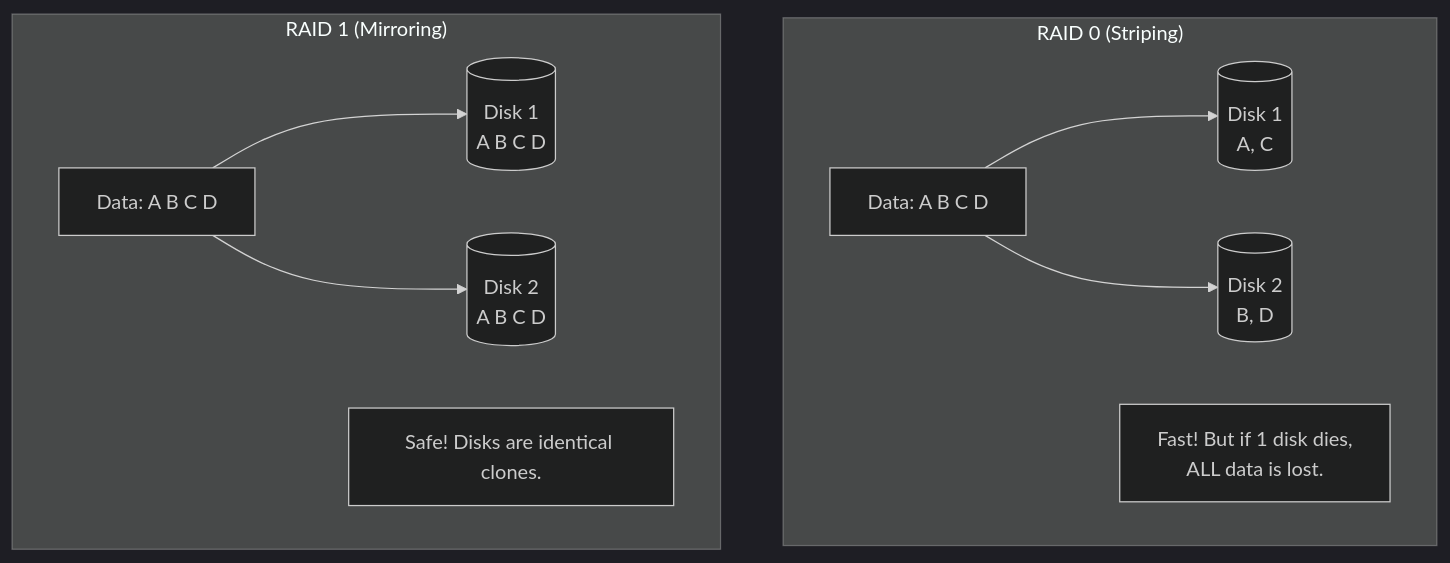
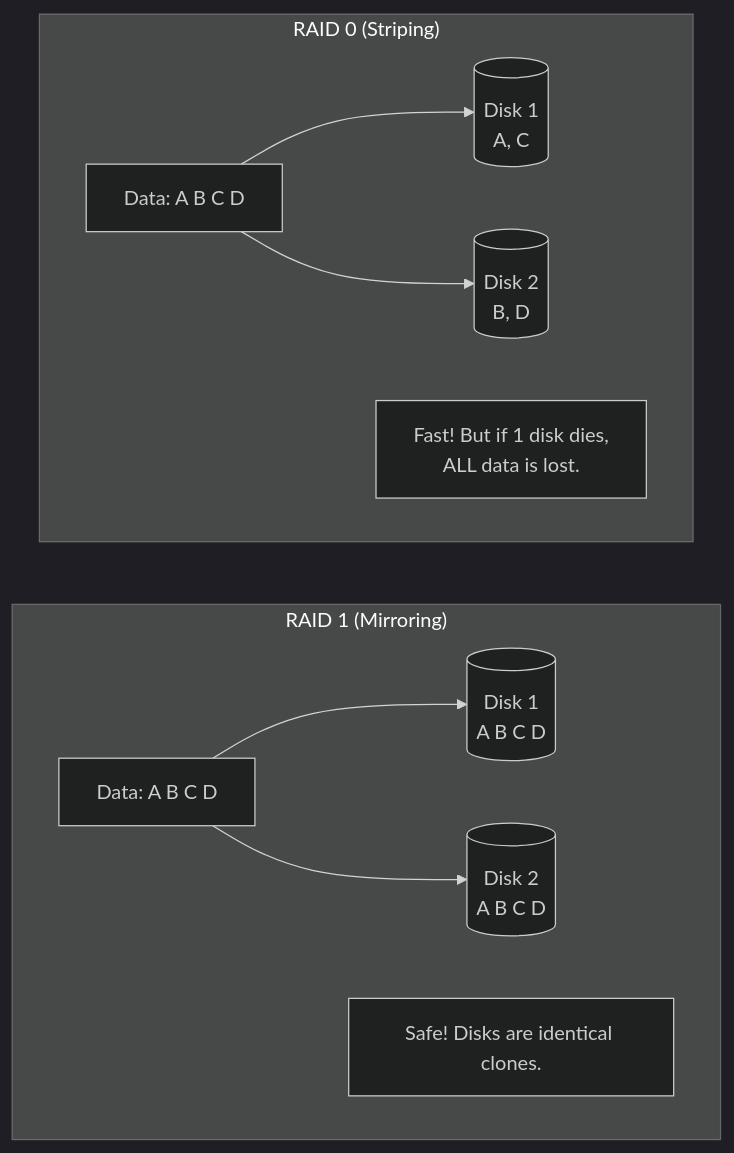
Before and after one commit to imkamaljain/engineering-interview-kit: the diagram in src/content/topics/system-design/storage/raid.mdx, drawn with Mermaid (dark theme). The commit also changed 147 other files, not shown here.

Commit message:
feat: add SOLID principles content, escape currency symbols, and improve Mermaid/UI rendering

````diff
--- a/src/content/topics/system-design/storage/raid.mdx
+++ b/src/content/topics/system-design/storage/raid.mdx
@@ -18,14 +18,16 @@
 ```mermaid
 flowchart TD
-    subgraph "RAID 0 (Striping)"
-        Data1[Data: A B C D] --> Disk1A[(Disk 1\nA, C)]
-        Data1 --> Disk1B[(Disk 2\nB, D)]
-        Note1["Fast! But if 1 disk dies,\nALL data is lost."]
+    subgraph S1 ["RAID 0 (Striping)"]
+        Data1["Data: A B C D"] --> Disk1A[("Disk 1<br/>A, C")]
+        Data1 --> Disk1B[("Disk 2<br/>B, D")]
+        Note1["Fast! But if 1 disk dies,<br/>ALL data is lost."]
     end
 
-    subgraph "RAID 1 (Mirroring)"
-        Data2[Data: A B C D] --> Disk2A[(Disk 1\nA B C D)]
-        Data2 --> Disk2B[(Disk 2\nA B C D)]
+    subgraph S2 ["RAID 1 (Mirroring)"]
+        Data2["Data: A B C D"] --> Disk2A[("Disk 1<br/>A B C D")]
+        Data2 --> Disk2B[("Disk 2<br/>A B C D")]
         Note2["Safe! Disks are identical clones."]
     end
+
+    S1 ~~~ S2
 ```
````
